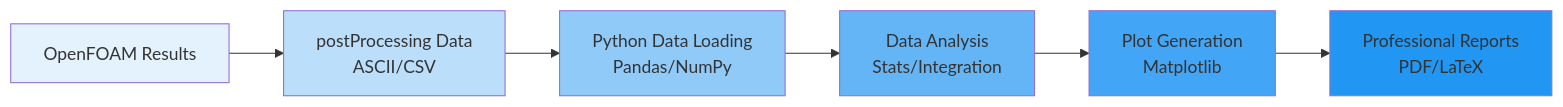
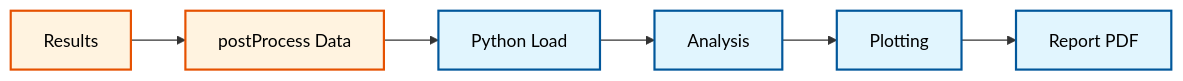
Before and after one commit to wramet/build-my-cfd: the diagram in MODULE_07_UTILITIES_AUTOMATION/CONTENT/04_VISUALIZATION/02_Python_Plotting.md, drawn with Mermaid. The commit also changed 313 other files, not shown here.

Commit message:
Revise all diagram

````diff
--- a/MODULE_07_UTILITIES_AUTOMATION/CONTENT/04_VISUALIZATION/02_Python_Plotting.md
+++ b/MODULE_07_UTILITIES_AUTOMATION/CONTENT/04_VISUALIZATION/02_Python_Plotting.md
@@ -22,15 +22,11 @@
 ```mermaid
 flowchart LR
-    A[OpenFOAM Results] --> B[postProcessing Data<br/>ASCII/CSV]
-    B --> C[Python Data Loading<br/>Pandas/NumPy]
-    C --> D[Data Analysis<br/>Stats/Integration]
-    D --> E[Plot Generation<br/>Matplotlib]
-    E --> F[Professional Reports<br/>PDF/LaTeX]
+classDef implicit fill:#e1f5fe,stroke:#01579b,stroke-width:2px,color:#000
+classDef explicit fill:#fff3e0,stroke:#e65100,stroke-width:2px,color:#000
 
-    style A fill:#e3f2fd
-    style B fill:#bbdefb
-    style C fill:#90caf9
-    style D fill:#64b5f6
-    style E fill:#42a5f5
-    style F fill:#2196f3
+A[Results]:::explicit --> B[postProcess Data]:::explicit
+B --> C[Python Load]:::implicit
+C --> D[Analysis]:::implicit
+D --> E[Plotting]:::implicit
+E --> F[Report PDF]:::implicit
 ```
````
